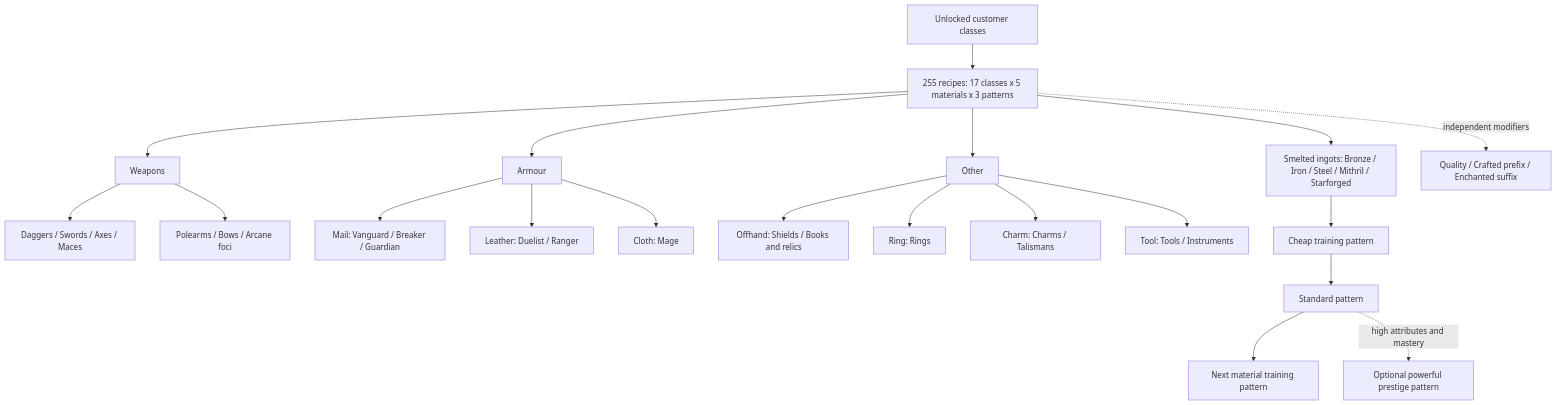
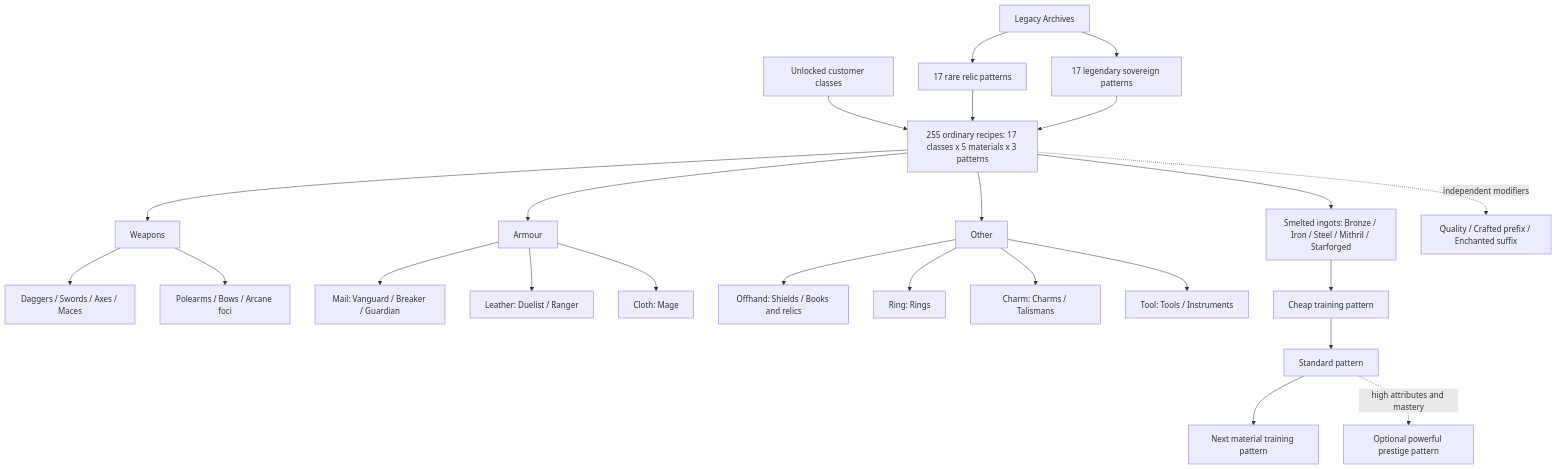
The diagram in design/diagrams/item-tree.mmd (DaniMo8/Ember-and-Iron), drawn with Mermaid before and after one commit. The commit also changed 38 other files, not shown here.

```diff
--- a/design/diagrams/item-tree.mmd
+++ b/design/diagrams/item-tree.mmd
@@ -1,19 +1,24 @@
 flowchart TD
-  C[Unlocked customer classes] --> R[255 recipes: 17 classes x 5 materials x 3 patterns] --> W[Weapons]
+  C[Unlocked customer classes] --> R[255 ordinary recipes: 17 classes x 5 materials x 3 patterns] --> W[Weapons]
   R --> A[Armour]
   R --> O[Other]
   W --> W1[Daggers / Swords / Axes / Maces]
   W --> W2[Polearms / Bows / Arcane foci]
   A --> A1[Mail: Vanguard / Breaker / Guardian]
   A --> A2[Leather: Duelist / Ranger]
   A --> A3[Cloth: Mage]
   O --> O1[Offhand: Shields / Books and relics]
   O --> O2[Ring: Rings]
   O --> O3[Charm: Charms / Talismans]
   O --> O4[Tool: Tools / Instruments]
   R --> M[Smelted ingots: Bronze / Iron / Steel / Mithril / Starforged]
   M --> T[Cheap training pattern]
   T --> S[Standard pattern]
   S --> N[Next material training pattern]
   S -. high attributes and mastery .-> P[Optional powerful prestige pattern]
   R -. independent modifiers .-> I[Quality / Crafted prefix / Enchanted suffix]
+
+  Legacy[Legacy Archives] --> Rare[17 rare relic patterns]
+  Legacy --> Legendary[17 legendary sovereign patterns]
+  Rare --> R
+  Legendary --> R
```
